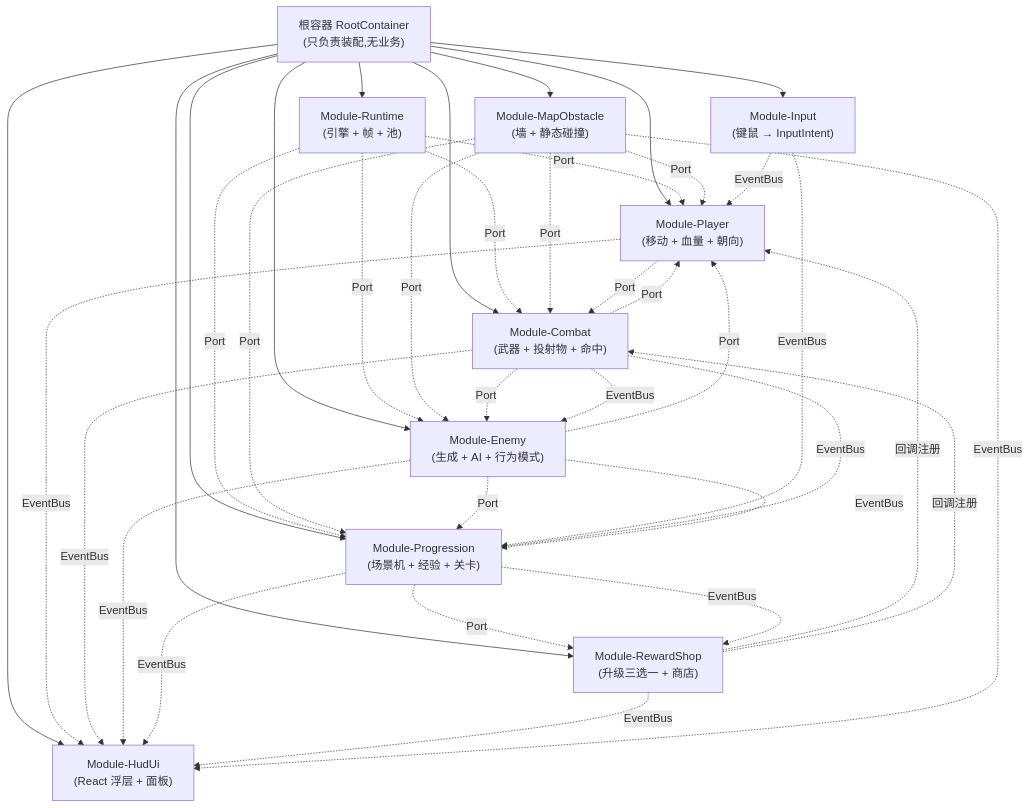
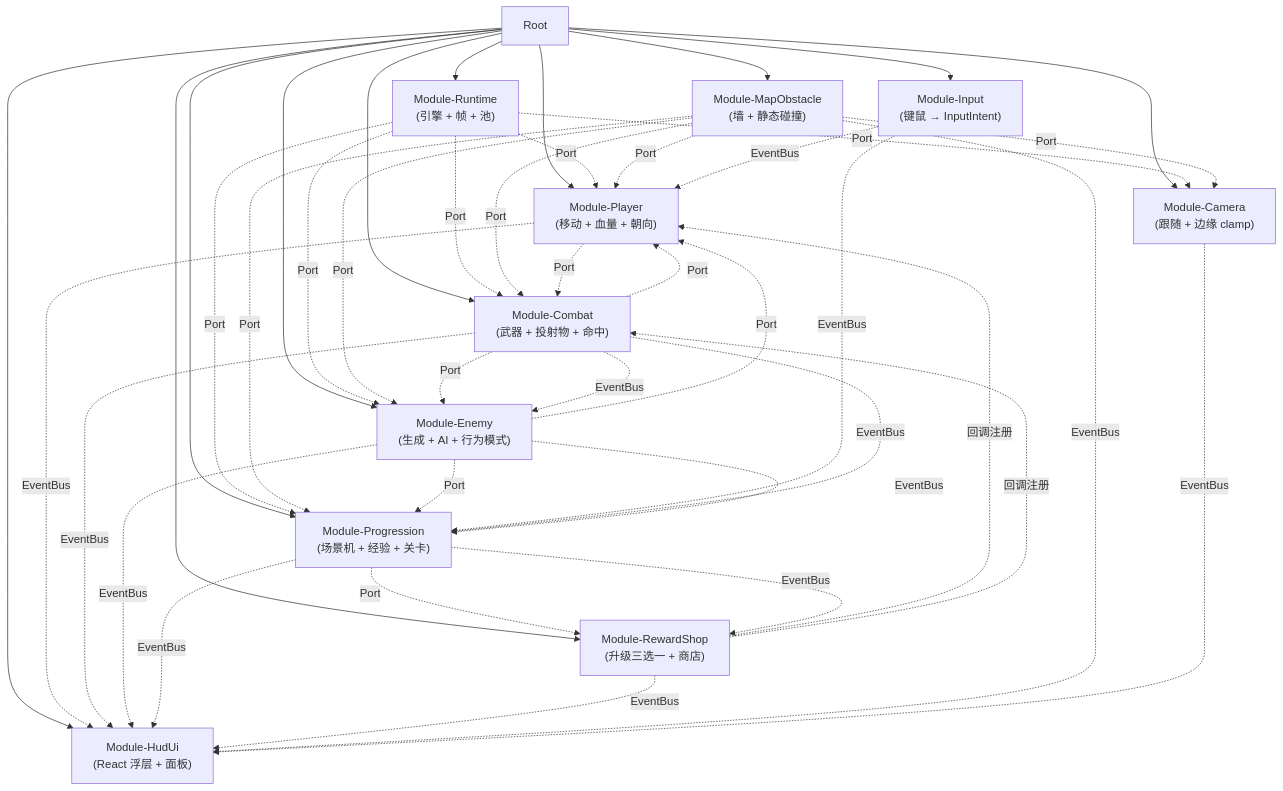
Before and after one commit to zja753/game: the diagram in plan/modular-roadmap.md, drawn with Mermaid. The commit also changed other lines of this file and 1 other file, not shown here.

First line of the commit message:
docs(plan): 新增 Camera 模块文档并接入模块化路线

````diff
--- a/plan/modular-roadmap.md
+++ b/plan/modular-roadmap.md
@@ -230,51 +239,56 @@
 ```mermaid
 graph TD
-    Root["根容器 RootContainer<br/>(只负责装配,无业务)"] --> M1
+    Root --> M1
     Root --> M2
     Root --> M3
     Root --> M4
     Root --> M5
     Root --> M6
     Root --> M7
     Root --> M8
     Root --> M9
+    Root --> M10
 
     M1["Module-Runtime<br/>(引擎 + 帧 + 池)"]
     M2["Module-Input<br/>(键鼠 → InputIntent)"]
     M3["Module-Player<br/>(移动 + 血量 + 朝向)"]
     M4["Module-Combat<br/>(武器 + 投射物 + 命中)"]
     M5["Module-Enemy<br/>(生成 + AI + 行为模式)"]
     M6["Module-Progression<br/>(场景机 + 经验 + 关卡)"]
     M7["Module-RewardShop<br/>(升级三选一 + 商店)"]
     M8["Module-HudUi<br/>(React 浮层 + 面板)"]
     M9["Module-MapObstacle<br/>(墙 + 静态碰撞)"]
+    M10["Module-Camera<br/>(跟随 + 边缘 clamp)"]
 
     M1 -.Port.-> M3
     M1 -.Port.-> M4
     M1 -.Port.-> M5
     M1 -.Port.-> M6
+    M1 -.Port.-> M10
     M9 -.Port.-> M3
     M9 -.Port.-> M4
     M9 -.Port.-> M5
     M9 -.Port.-> M6
+    M9 -.Port.-> M10
     M3 -.Port.-> M4
     M4 -.Port.-> M3
     M4 -.Port.-> M5
     M5 -.Port.-> M3
     M5 -.Port.-> M6
     M7 -.回调注册.-> M3
     M7 -.回调注册.-> M4
     M6 -.Port.-> M7
     M2 -.EventBus.-> M3
     M2 -.EventBus.-> M6
     M3 -.EventBus.-> M8
     M4 -.EventBus.-> M5
     M4 -.EventBus.-> M6
     M4 -.EventBus.-> M8
     M5 -.EventBus.-> M6
     M5 -.EventBus.-> M8
     M6 -.EventBus.-> M7
     M6 -.EventBus.-> M8
     M7 -.EventBus.-> M8
     M9 -.EventBus.-> M8
+    M10 -.EventBus.-> M8
 ```
````
